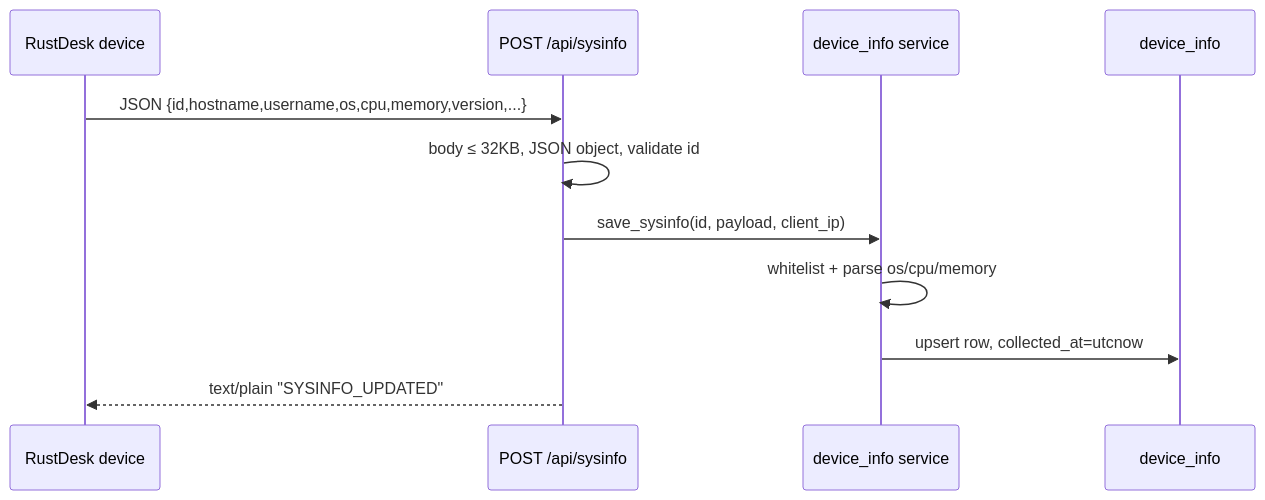
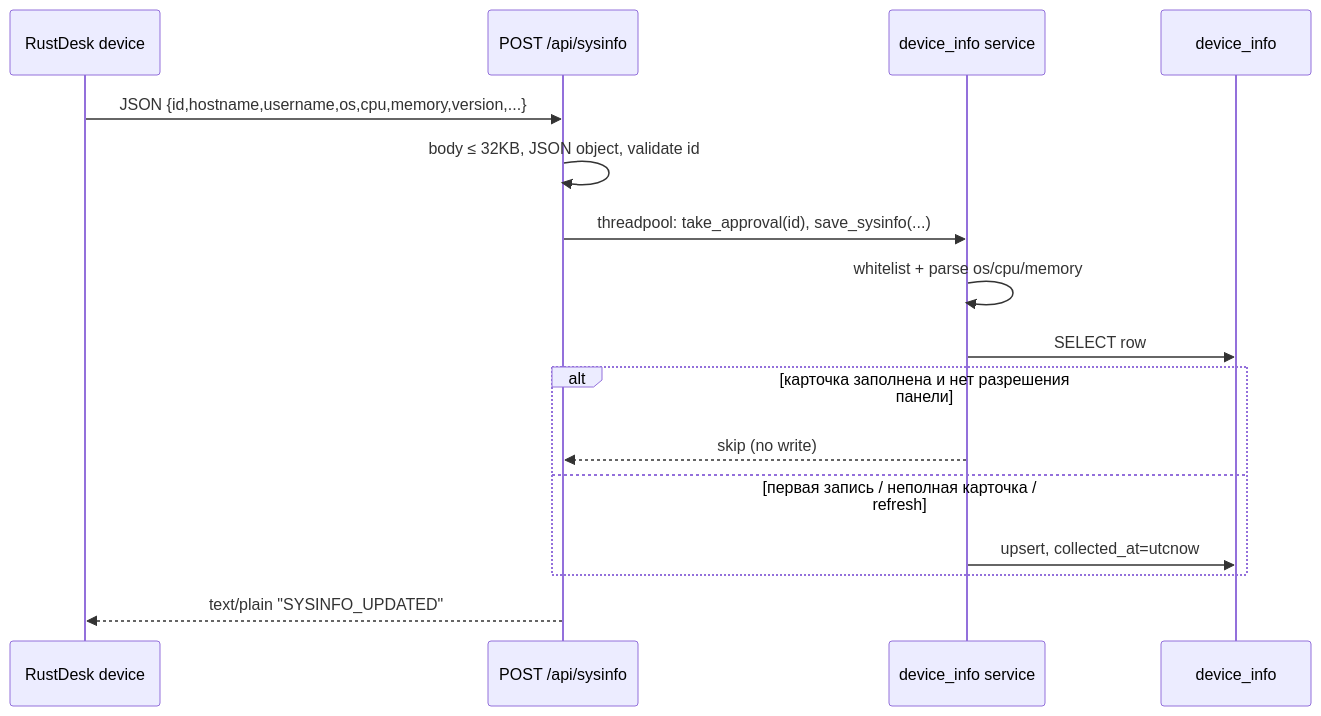
Before and after one commit to iinxn/rustdesk-address-book-api: the fourth of 7 diagrams in docs/project/ARCHITECTURE.md, drawn with Mermaid. The commit also changed other lines of this file and 23 other files, not shown here.

````diff
--- a/docs/project/ARCHITECTURE.md
+++ b/docs/project/ARCHITECTURE.md
@@ -192,13 +206,18 @@
 ```mermaid
 sequenceDiagram
     participant D as RustDesk device
     participant S as POST /api/sysinfo
     participant V as device_info service
     participant DB as device_info
     D->>S: JSON {id,hostname,username,os,cpu,memory,version,...}
     S->>S: body ≤ 32KB, JSON object, validate id
-    S->>V: save_sysinfo(id, payload, client_ip)
+    S->>V: threadpool: take_approval(id), save_sysinfo(...)
     V->>V: whitelist + parse os/cpu/memory
-    V->>DB: upsert row, collected_at=utcnow
+    V->>DB: SELECT row
+    alt карточка заполнена и нет разрешения панели
+        V-->>S: skip (no write)
+    else первая запись / неполная карточка / refresh
+        V->>DB: upsert, collected_at=utcnow
+    end
     S-->>D: text/plain "SYSINFO_UPDATED"
 ```
````
